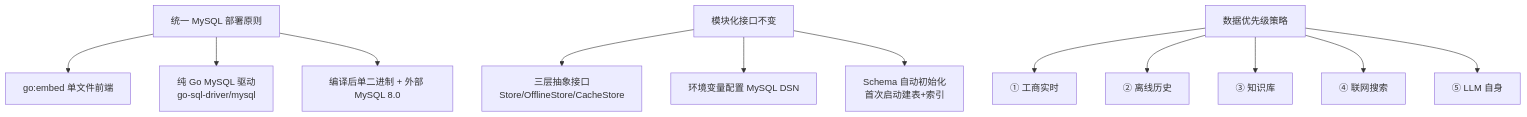
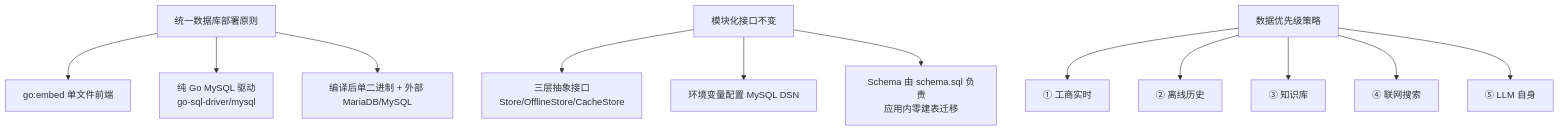
One commit to deep2code/geo changed diagram 11 of 13 in README.md. Above: the diagram before and after it, drawn with Mermaid. The commit also changed other lines of this file and 12 other files, not shown here.

````diff
--- a/README.md
+++ b/README.md
@@ -464,16 +583,16 @@
 ```mermaid
 flowchart TD
-    A["统一 MySQL 部署原则"] --> A1["go:embed 单文件前端"]
+    A["统一数据库部署原则"] --> A1["go:embed 单文件前端"]
     A --> A2["纯 Go MySQL 驱动<br/>go-sql-driver/mysql"]
-    A --> A3["编译后单二进制 + 外部 MySQL 8.0"]
+    A --> A3["编译后单二进制 + 外部 MariaDB/MySQL"]
 
     B["模块化接口不变"] --> B1["三层抽象接口<br/>Store/OfflineStore/CacheStore"]
     B --> B2["环境变量配置 MySQL DSN"]
-    B --> B3["Schema 自动初始化<br/>首次启动建表+索引"]
+    B --> B3["Schema 由 schema.sql 负责<br/>应用内零建表迁移"]
 
     C["数据优先级策略"] --> C1["① 工商实时"]
     C --> C2["② 离线历史"]
     C --> C3["③ 知识库"]
     C --> C4["④ 联网搜索"]
     C --> C5["⑤ LLM 自身"]
 ```
````
